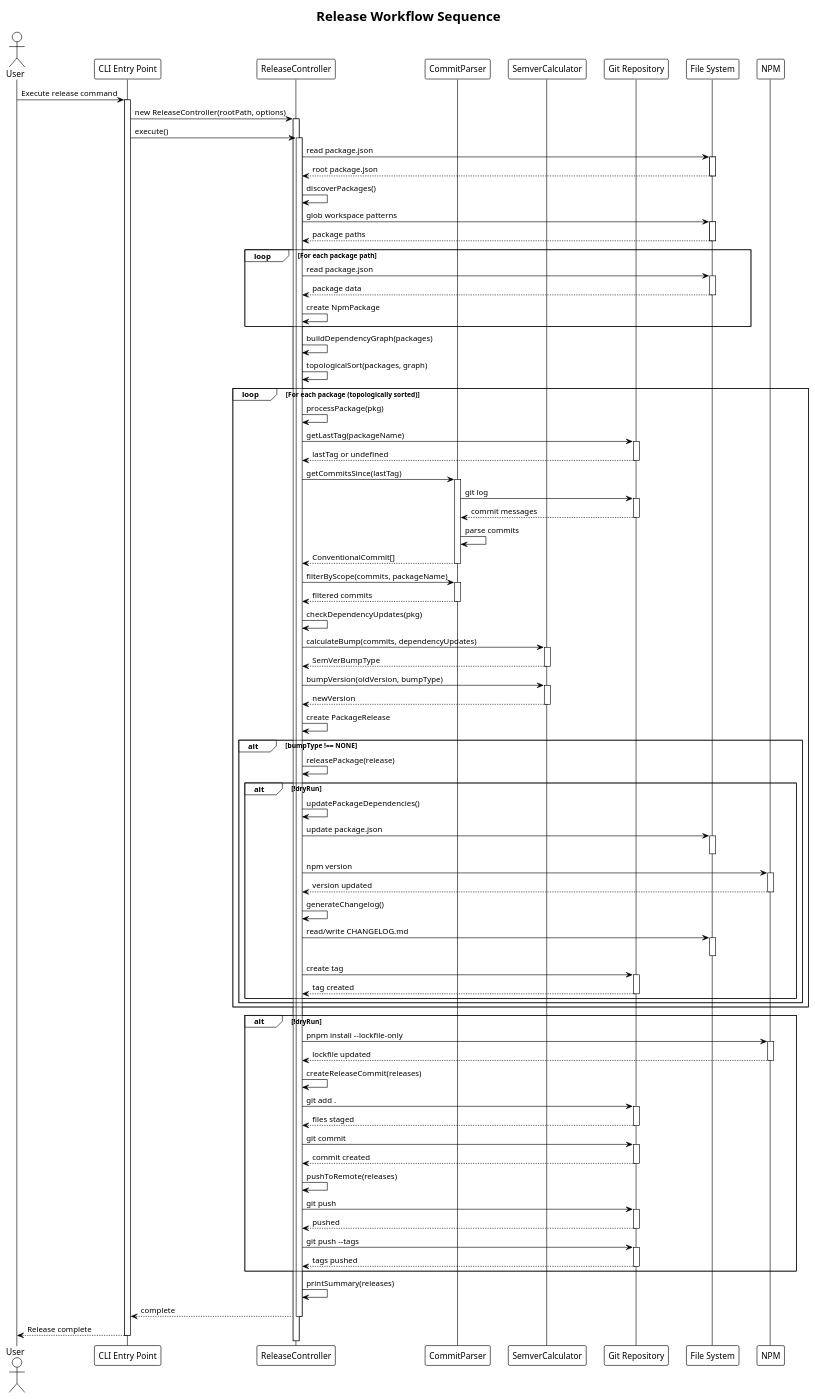
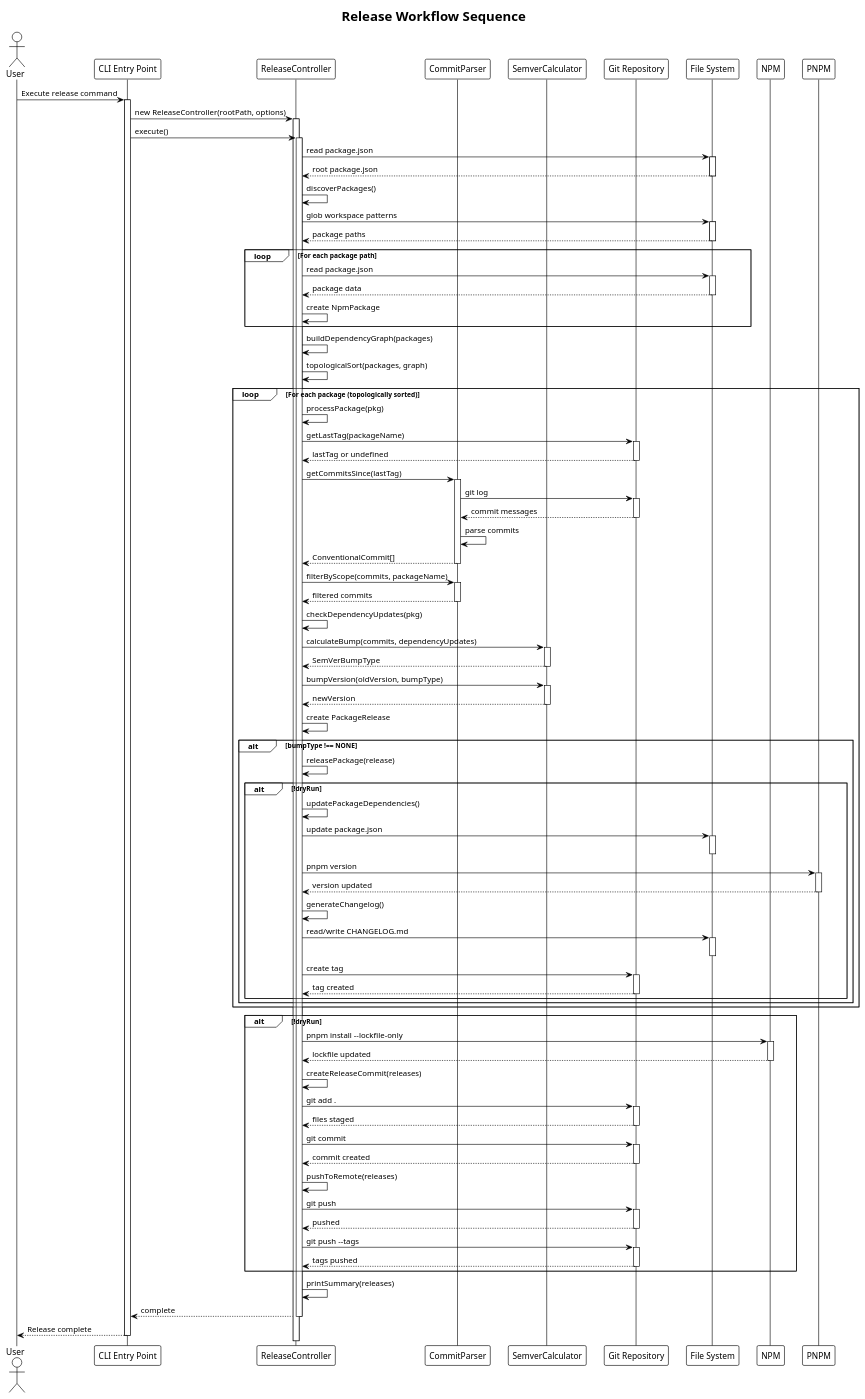
Before and after one commit to IgorBabkin/release-monorepo-semantically: the diagram in docs/uml-release-sequence.puml, drawn with PlantUML. The commit also changed 14 other files, not shown here.

Commit message:
build: switch package and monorepo flow to pnpm

```diff
--- a/docs/uml-release-sequence.puml
+++ b/docs/uml-release-sequence.puml
@@ -1,150 +1,150 @@
 @startuml
 title Release Workflow Sequence
 
 !theme plain
 
 actor User
 participant "CLI Entry Point" as CLI
 participant "ReleaseController" as Controller
 participant "CommitParser" as Parser
 participant "SemverCalculator" as Semver
 participant "Git Repository" as Git
 participant "File System" as FS
 participant "NPM" as NPM
 
 User -> CLI: Execute release command
 activate CLI
 
 CLI -> Controller: new ReleaseController(rootPath, options)
 activate Controller
 
 CLI -> Controller: execute()
 activate Controller
 
 ' Phase 1: Discovery
 Controller -> FS: read package.json
 activate FS
 FS --> Controller: root package.json
 deactivate FS
 
 Controller -> Controller: discoverPackages()
 Controller -> FS: glob workspace patterns
 activate FS
 FS --> Controller: package paths
 deactivate FS
 
 loop For each package path
     Controller -> FS: read package.json
     activate FS
     FS --> Controller: package data
     deactivate FS
     Controller -> Controller: create NpmPackage
 end
 
 ' Phase 2: Dependency Graph
 Controller -> Controller: buildDependencyGraph(packages)
 Controller -> Controller: topologicalSort(packages, graph)
 
 ' Phase 3: Process Packages
 loop For each package (topologically sorted)
     Controller -> Controller: processPackage(pkg)
     
     Controller -> Git: getLastTag(packageName)
     activate Git
     Git --> Controller: lastTag or undefined
     deactivate Git
     
     Controller -> Parser: getCommitsSince(lastTag)
     activate Parser
     Parser -> Git: git log
     activate Git
     Git --> Parser: commit messages
     deactivate Git
     Parser -> Parser: parse commits
     Parser --> Controller: ConventionalCommit[]
     deactivate Parser
     
     Controller -> Parser: filterByScope(commits, packageName)
     activate Parser
     Parser --> Controller: filtered commits
     deactivate Parser
     
     Controller -> Controller: checkDependencyUpdates(pkg)
     
     Controller -> Semver: calculateBump(commits, dependencyUpdates)
     activate Semver
     Semver --> Controller: SemVerBumpType
     deactivate Semver
     
     Controller -> Semver: bumpVersion(oldVersion, bumpType)
     activate Semver
     Semver --> Controller: newVersion
     deactivate Semver
     
     Controller -> Controller: create PackageRelease
     
     alt bumpType !== NONE
         Controller -> Controller: releasePackage(release)
         
         alt !dryRun
             Controller -> Controller: updatePackageDependencies()
             Controller -> FS: update package.json
             activate FS
             deactivate FS
             
-            Controller -> NPM: npm version
-            activate NPM
-            NPM --> Controller: version updated
-            deactivate NPM
+            Controller -> PNPM: pnpm version
+            activate PNPM
+            PNPM --> Controller: version updated
+            deactivate PNPM
             
             Controller -> Controller: generateChangelog()
             Controller -> FS: read/write CHANGELOG.md
             activate FS
             deactivate FS
             
             Controller -> Git: create tag
             activate Git
             Git --> Controller: tag created
             deactivate Git
         end
     end
 end
 
 ' Phase 4: Finalization
 alt !dryRun
     Controller -> NPM: pnpm install --lockfile-only
     activate NPM
     NPM --> Controller: lockfile updated
     deactivate NPM
     
     Controller -> Controller: createReleaseCommit(releases)
     Controller -> Git: git add .
     activate Git
     Git --> Controller: files staged
     deactivate Git
     
     Controller -> Git: git commit
     activate Git
     Git --> Controller: commit created
     deactivate Git
     
     Controller -> Controller: pushToRemote(releases)
     Controller -> Git: git push
     activate Git
     Git --> Controller: pushed
     deactivate Git
     
     Controller -> Git: git push --tags
     activate Git
     Git --> Controller: tags pushed
     deactivate Git
 end
 
 Controller -> Controller: printSummary(releases)
 Controller --> CLI: complete
 deactivate Controller
 
 CLI --> User: Release complete
 deactivate CLI
 
 @enduml
```
